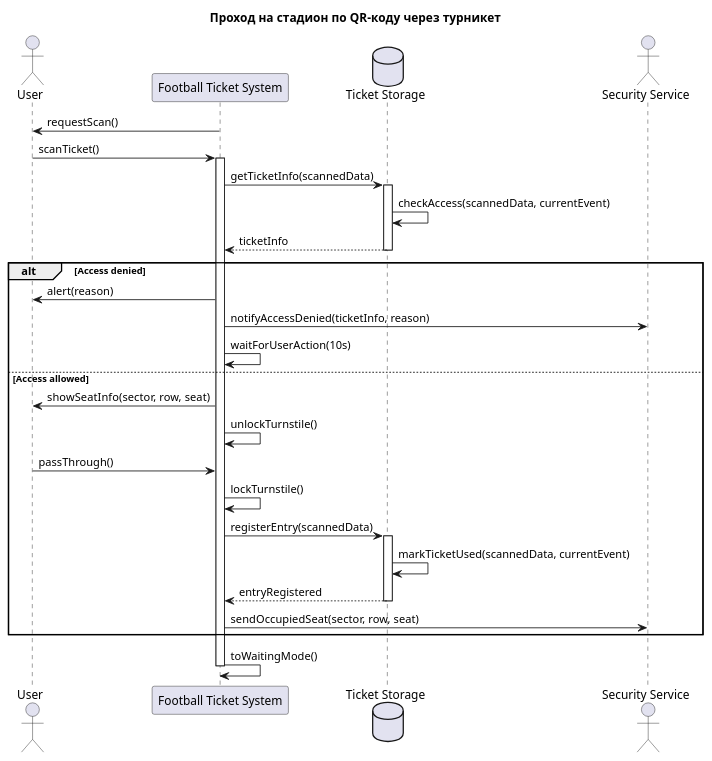
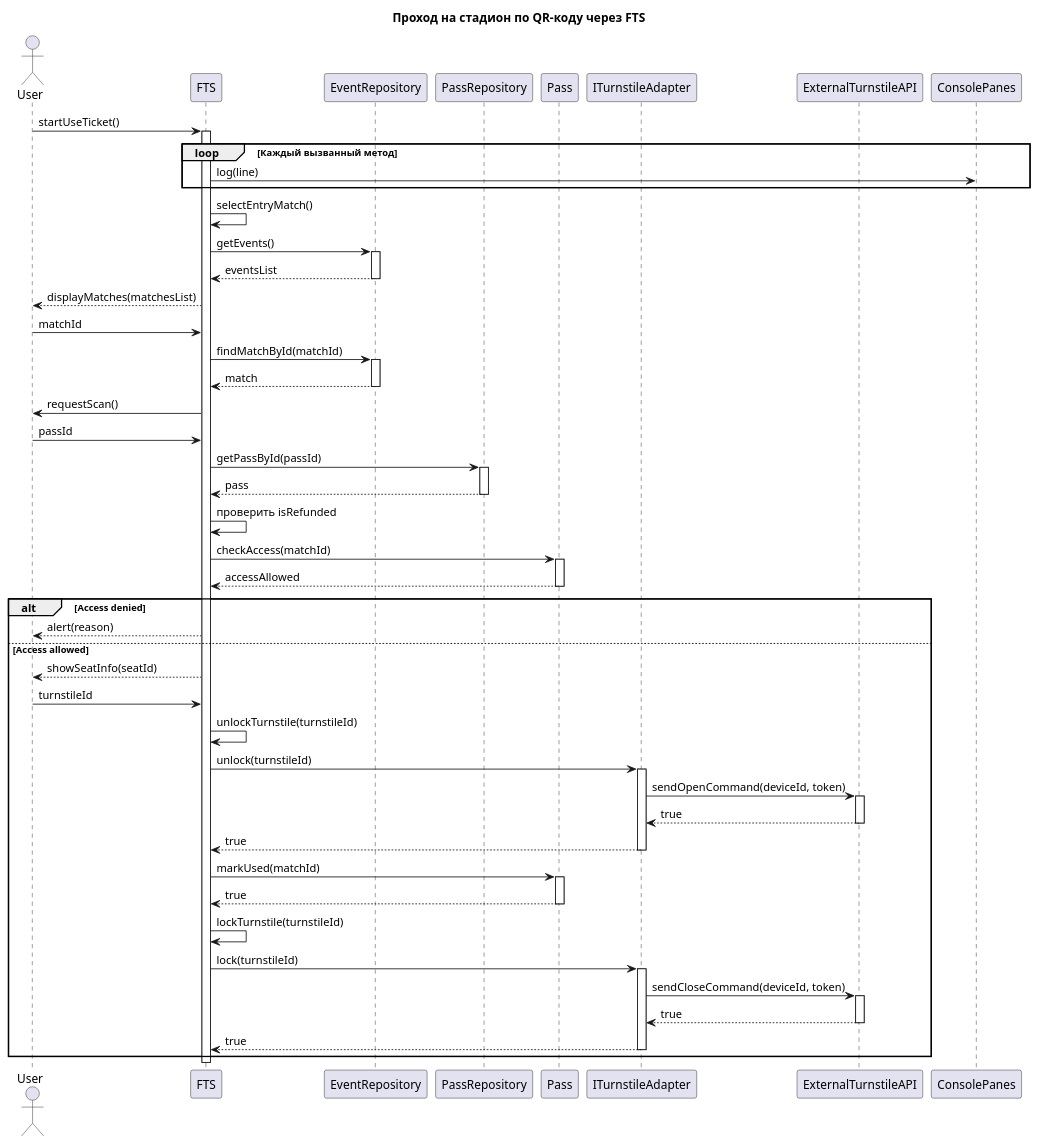
Before and after one commit to penamarth/bsbo-11-24_team5_var10_football: the diagram in Преценденты/Проход на стадион по QR-коду/Диаграмма последовательности.md, drawn with PlantUML. The commit also changed 56 other files, not shown here.

````diff
--- a/Преценденты/Проход на стадион по QR-коду/Диаграмма последовательности.md
+++ b/Преценденты/Проход на стадион по QR-коду/Диаграмма последовательности.md
@@ -3,43 +3,81 @@
 ```plantuml
 @startuml
-title Проход на стадион по QR-коду через турникет
+title Проход на стадион по QR-коду через FTS
 
 actor "User" as User
-participant "Football Ticket System" as FTS
-database "Ticket Storage" as TicketStorage
-actor "Security Service" as Security
+participant "FTS" as FTS
+participant "EventRepository" as EventRepository
+participant "PassRepository" as PassRepository
+participant "Pass" as Pass
+participant "ITurnstileAdapter" as Adapter
+participant "ExternalTurnstileAPI" as External
+participant "ConsolePanes" as Panes
+
+User -> FTS : startUseTicket()
+activate FTS
+
+loop Каждый вызванный метод
+    FTS -> Panes : log(line)
+end
+
+FTS -> FTS : selectEntryMatch()
+FTS -> EventRepository : getEvents()
+activate EventRepository
+EventRepository --> FTS : eventsList
+deactivate EventRepository
+FTS --> User : displayMatches(matchesList)
+User -> FTS : matchId
+FTS -> EventRepository : findMatchById(matchId)
+activate EventRepository
+EventRepository --> FTS : match
+deactivate EventRepository
 
 FTS -> User : requestScan()
-User -> FTS : scanTicket()
-activate FTS
+User -> FTS : passId
 
-FTS -> TicketStorage : getTicketInfo(scannedData)
-activate TicketStorage
-TicketStorage -> TicketStorage : checkAccess(scannedData, currentEvent)
-TicketStorage --> FTS : ticketInfo
-deactivate TicketStorage
+FTS -> PassRepository : getPassById(passId)
+activate PassRepository
+PassRepository --> FTS : pass
+deactivate PassRepository
+
+FTS -> FTS : проверить isRefunded
+FTS -> Pass : checkAccess(matchId)
+activate Pass
+Pass --> FTS : accessAllowed
+deactivate Pass
 
 alt Access denied
-    FTS -> User : alert(reason)
-    FTS -> Security : notifyAccessDenied(ticketInfo, reason)
-    FTS -> FTS : waitForUserAction(10s)
+    FTS --> User : alert(reason)
 else Access allowed
-    FTS -> User : showSeatInfo(sector, row, seat)
-    FTS -> FTS : unlockTurnstile()
-    User -> FTS : passThrough()
-    FTS -> FTS : lockTurnstile()
+    FTS --> User : showSeatInfo(seatId)
+    User -> FTS : turnstileId
 
-    FTS -> TicketStorage : registerEntry(scannedData)
-    activate TicketStorage
-    TicketStorage -> TicketStorage : markTicketUsed(scannedData, currentEvent)
-    TicketStorage --> FTS : entryRegistered
-    deactivate TicketStorage
+    FTS -> FTS : unlockTurnstile(turnstileId)
+    FTS -> Adapter : unlock(turnstileId)
+    activate Adapter
+    Adapter -> External : sendOpenCommand(deviceId, token)
+    activate External
+    External --> Adapter : true
+    deactivate External
+    Adapter --> FTS : true
+    deactivate Adapter
 
-    FTS -> Security : sendOccupiedSeat(sector, row, seat)
+    FTS -> Pass : markUsed(matchId)
+    activate Pass
+    Pass --> FTS : true
+    deactivate Pass
+
+    FTS -> FTS : lockTurnstile(turnstileId)
+    FTS -> Adapter : lock(turnstileId)
+    activate Adapter
+    Adapter -> External : sendCloseCommand(deviceId, token)
+    activate External
+    External --> Adapter : true
+    deactivate External
+    Adapter --> FTS : true
+    deactivate Adapter
 end
 
-FTS -> FTS : toWaitingMode()
 deactivate FTS
-
 @enduml
 ```
````
